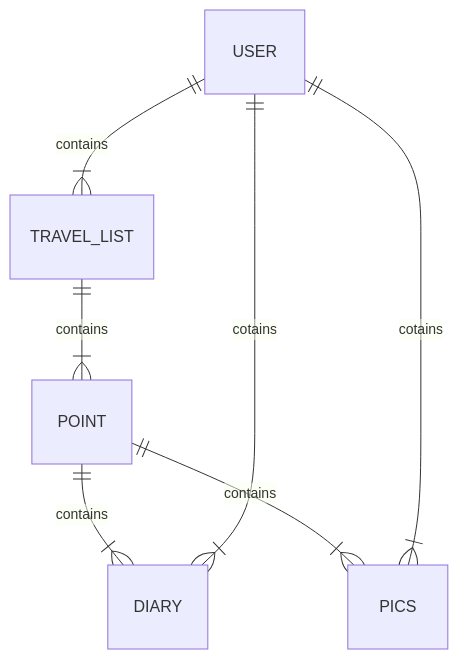
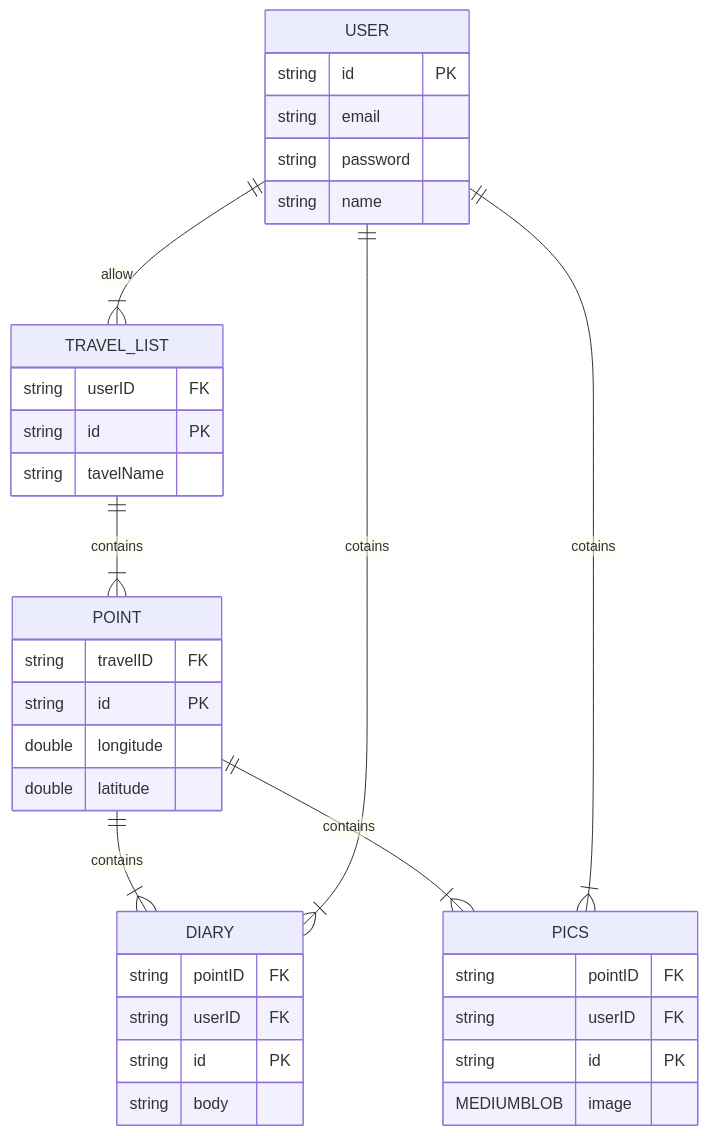
One commit to KMUlee/nestjs-intertravel changed the diagram in README.md. Above: the diagram before and after it, drawn with Mermaid.

````diff
--- a/README.md
+++ b/README.md
@@ -15,9 +15,43 @@
 ```mermaid
 erDiagram
-    USER ||--|{ TRAVEL_LIST : contains
+    USER ||--|{ TRAVEL_LIST : allow
     TRAVEL_LIST ||--|{ POINT : contains
     POINT || -- |{ DIARY : contains
     POINT || -- |{ PICS : contains
     USER || -- |{ DIARY : cotains
     USER || -- |{ PICS : cotains
+
+    USER {
+      string id PK
+      string email
+      string password
+      string name
+    }
+
+    TRAVEL_LIST {
+      string userID FK
+      string id PK
+      string tavelName
+    }
+
+    POINT {
+      string travelID FK
+      string id PK
+      double longitude
+      double latitude
+    }
+
+    DIARY {
+      string pointID FK
+      string userID FK
+      string id PK
+      string body
+    }
+
+    PICS {
+      string pointID FK
+      string userID FK
+      string id PK
+      MEDIUMBLOB image
+    }
 ```
````
